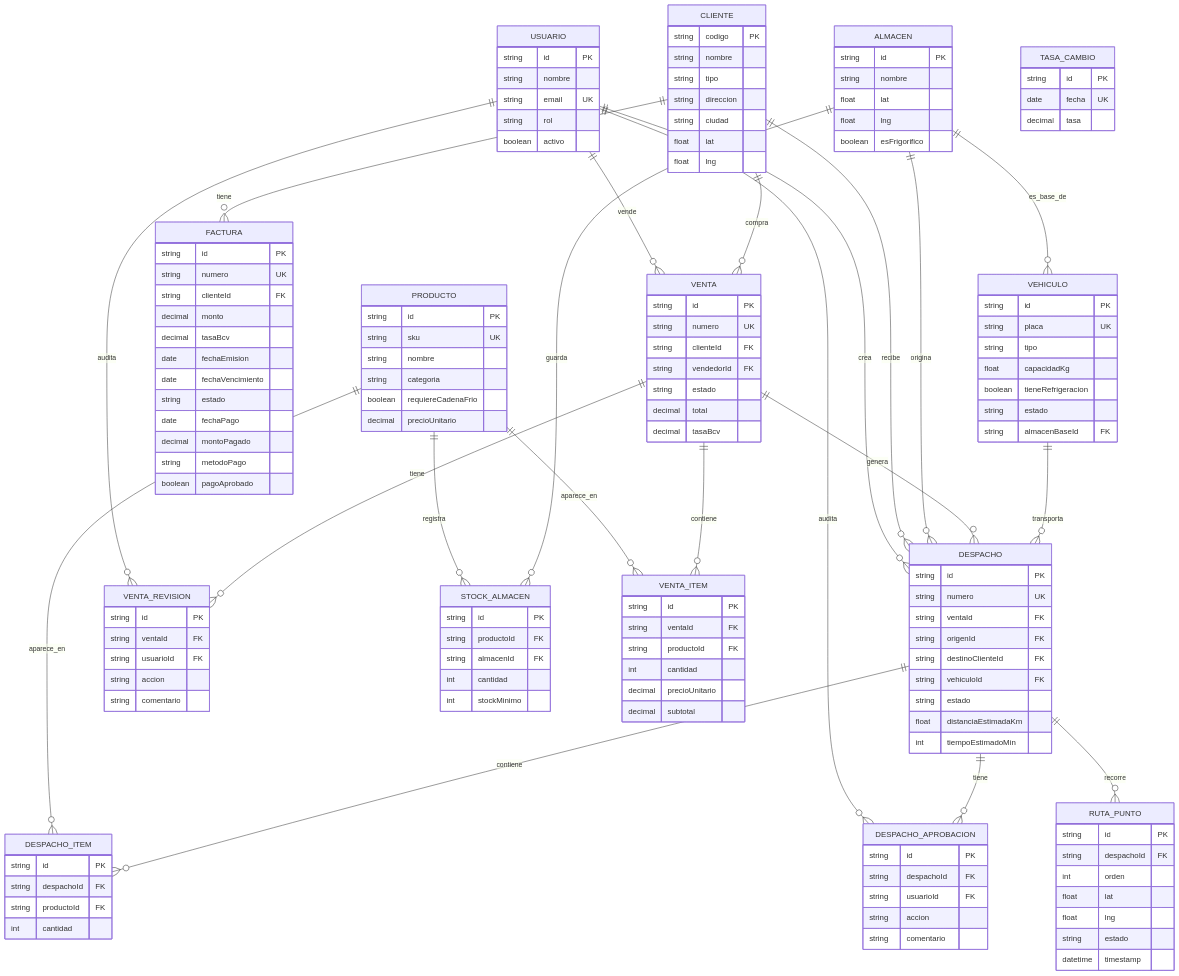
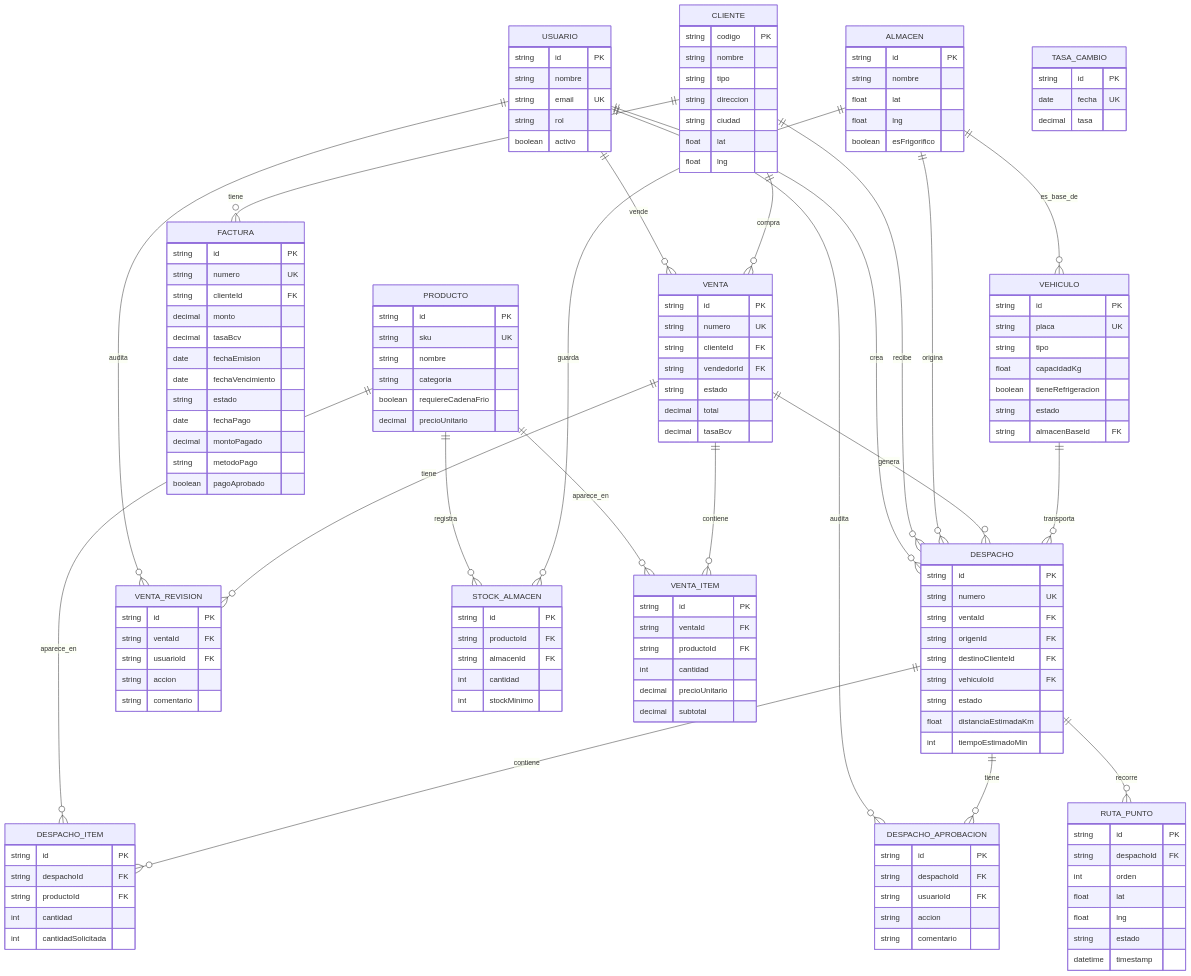
One commit to chivo1821/isvan_project changed the diagram in docs/MODELO_DATOS.md. Above: the diagram before and after it, drawn with Mermaid. The commit also changed other lines of this file and 13 other files, not shown here.

```diff
--- a/docs/MODELO_DATOS.md
+++ b/docs/MODELO_DATOS.md
@@ -145,6 +145,7 @@
         string despachoId FK
         string productoId FK
         int cantidad
+        int cantidadSolicitada
     }
     DESPACHO_APROBACION {
         string id PK
```
